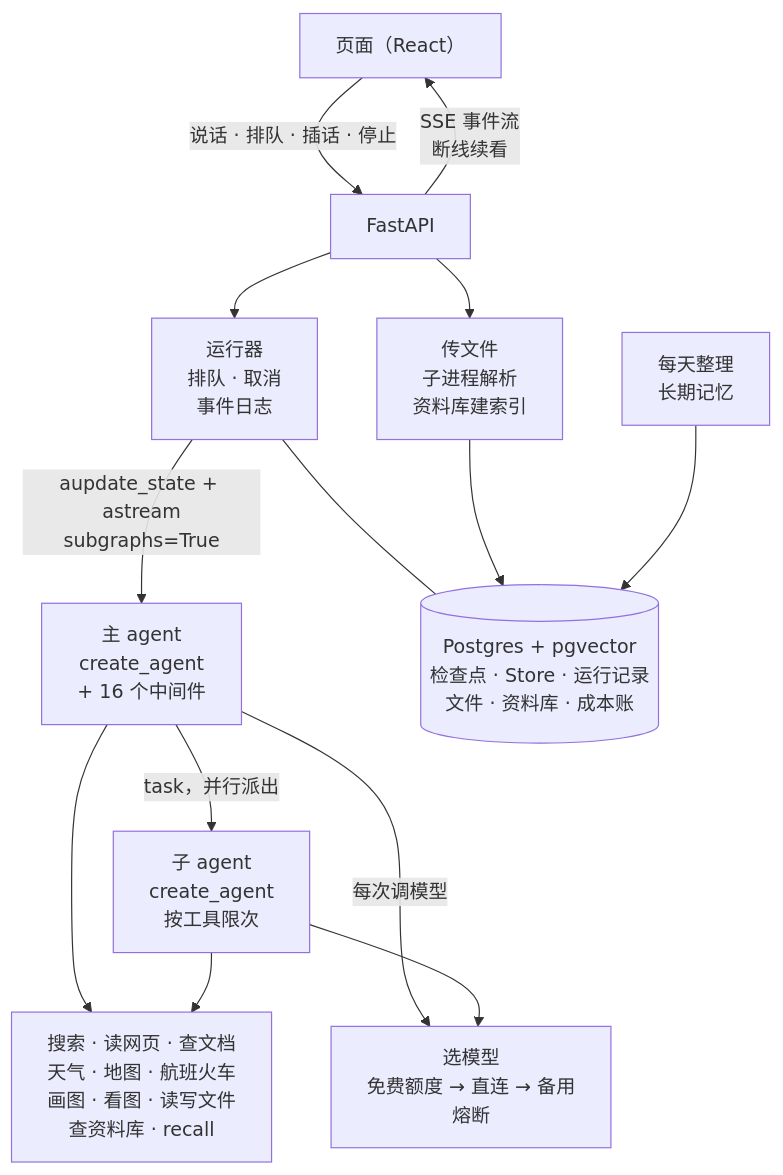
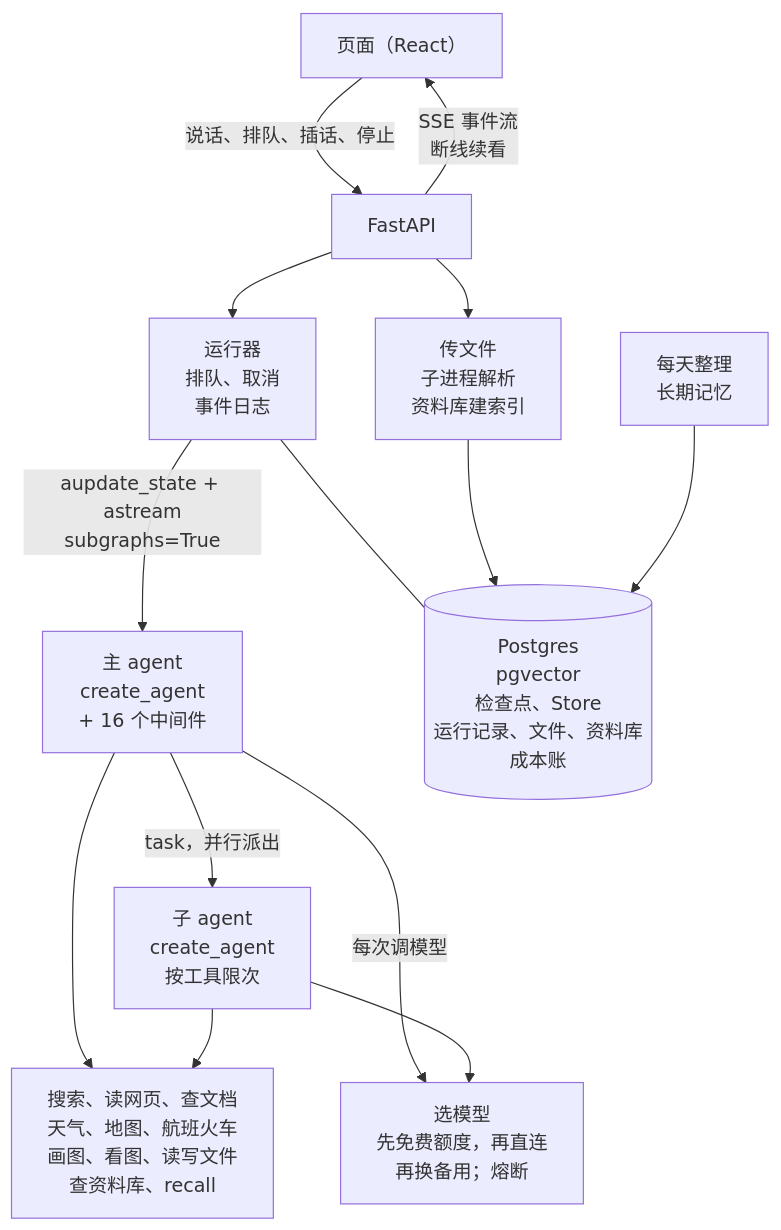
Before and after one commit to HyxiaoGe/LingDraft: the diagram in README.md, drawn with Mermaid.

Commit message:
docs: 架构图节点里的分隔改成顿号，GitHub 上不再折行

````diff
--- a/README.md
+++ b/README.md
@@ -11,16 +11,16 @@
 ```mermaid
 flowchart TB
-    UI["页面（React）"] -- "说话 · 排队 · 插话 · 停止" --> API["FastAPI"]
+    UI["页面（React）"] -- "说话、排队、插话、停止" --> API["FastAPI"]
     API -- "SSE 事件流<br/>断线续看" --> UI
-    API --> Runner["运行器<br/>排队 · 取消<br/>事件日志"]
+    API --> Runner["运行器<br/>排队、取消<br/>事件日志"]
     API --> Parse["传文件<br/>子进程解析<br/>资料库建索引"]
     Runner -- "aupdate_state + astream<br/>subgraphs=True" --> Main["主 agent<br/>create_agent<br/>+ 16 个中间件"]
     Main -- "task，并行派出" --> Sub["子 agent<br/>create_agent<br/>按工具限次"]
-    Main --> Tools["搜索 · 读网页 · 查文档<br/>天气 · 地图 · 航班火车<br/>画图 · 看图 · 读写文件<br/>查资料库 · recall"]
+    Main --> Tools["搜索、读网页、查文档<br/>天气、地图、航班火车<br/>画图、看图、读写文件<br/>查资料库、recall"]
     Sub --> Tools
-    Main -- "每次调模型" --> Models["选模型<br/>免费额度 → 直连 → 备用<br/>熔断"]
+    Main -- "每次调模型" --> Models["选模型<br/>先免费额度，再直连<br/>再换备用；熔断"]
     Sub --> Models
-    Runner --- PG[("Postgres + pgvector<br/>检查点 · Store · 运行记录<br/>文件 · 资料库 · 成本账")]
+    Runner --- PG[("Postgres<br/>pgvector<br/>检查点、Store<br/>运行记录、文件、资料库<br/>成本账")]
     Parse --> PG
     Dream["每天整理<br/>长期记忆"] --> PG
 ```
````
